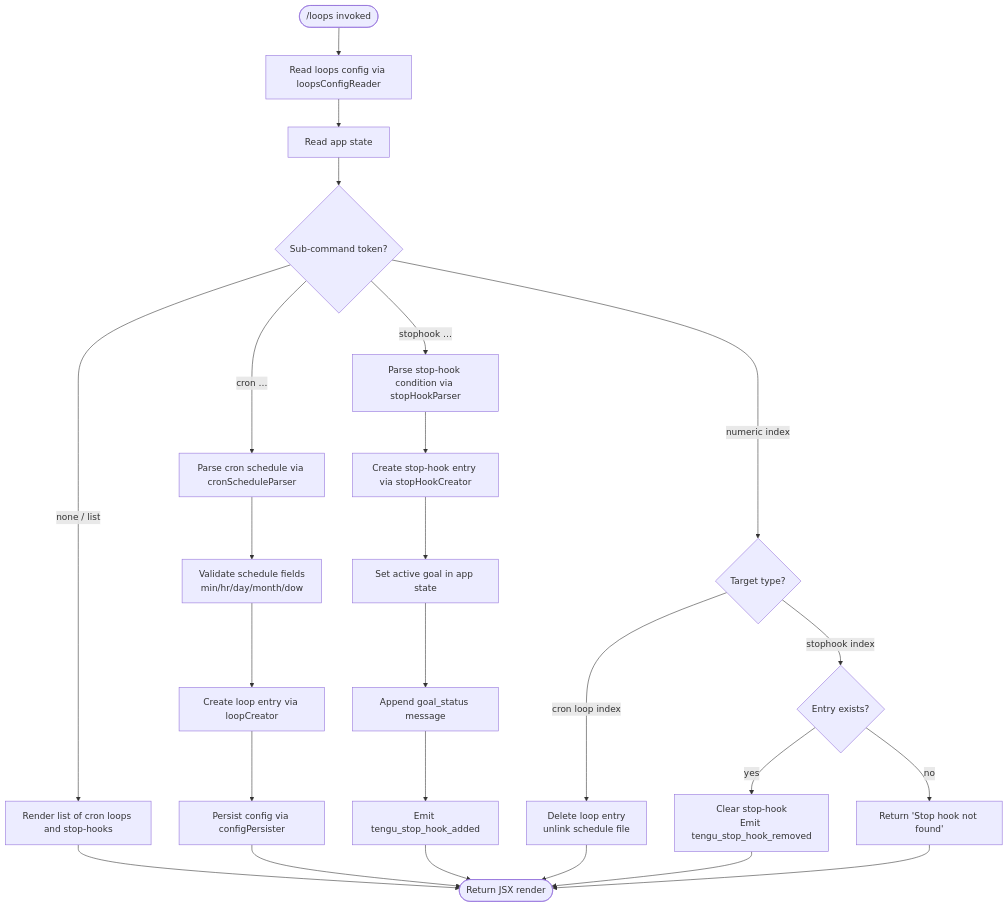
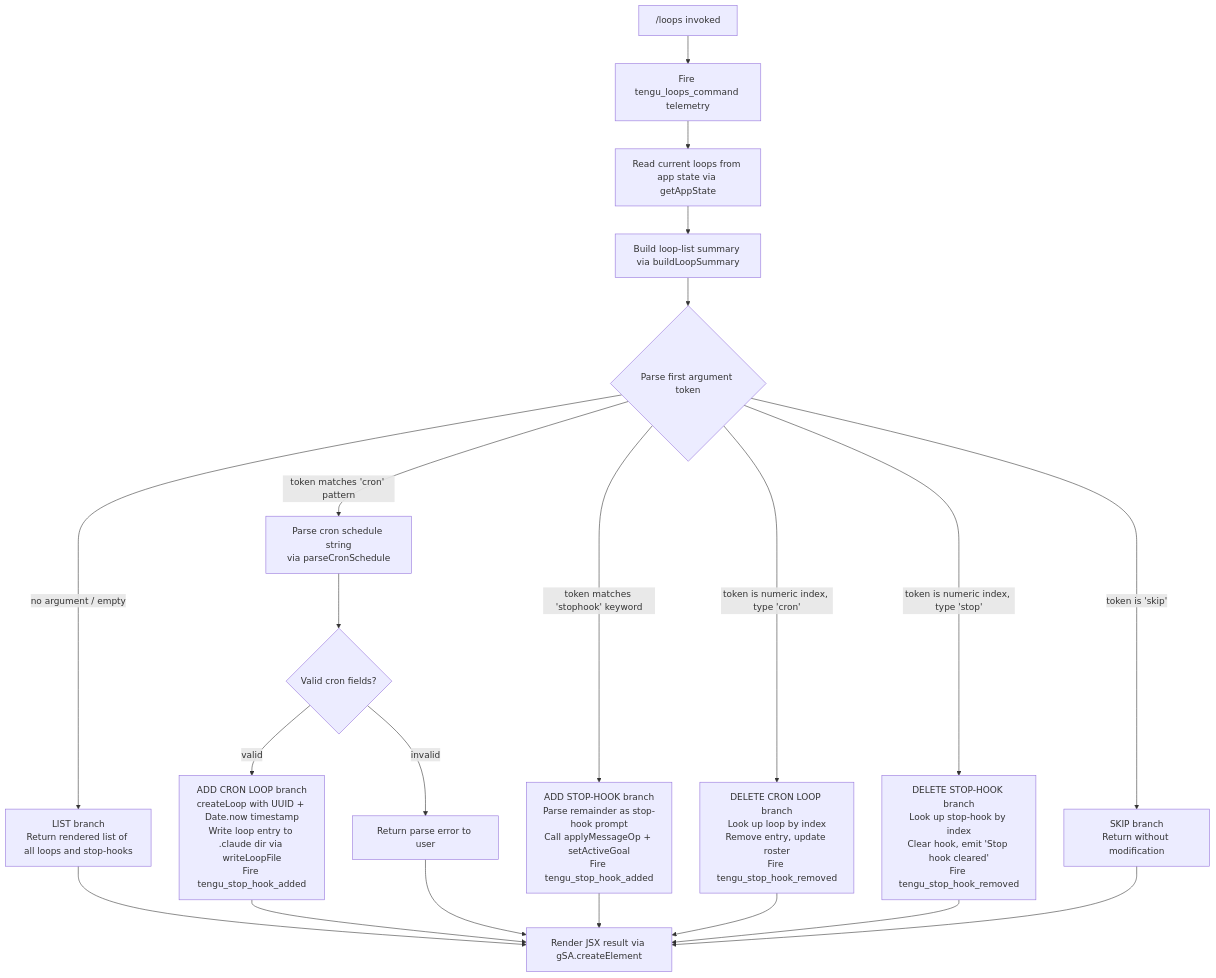
One commit to MyLittleLuckyDog/cc-gnothi changed the diagram in versions/v2.1.133/loops.md. Above: the diagram before and after it, drawn with Mermaid. The commit also changed other lines of this file and 95 other files, not shown here.

````diff
--- a/versions/v2.1.133/loops.md
+++ b/versions/v2.1.133/loops.md
@@ -46,32 +61,30 @@
 ```mermaid
 flowchart TD
-    A(["/loops invoked"]) --> B[Read loops config via loopsConfigReader]
-    B --> C[Read app state]
-    C --> D{Sub-command token?}
+    A["/loops invoked"] --> B[Fire tengu_loops_command telemetry]
+    B --> C[Read current loops from app state via getAppState]
+    C --> D[Build loop-list summary via buildLoopSummary]
+    D --> E{Parse first argument token}
 
-    D -->|"none / list"| E[Render list of cron loops and stop-hooks]
-    D -->|"cron …"| F[Parse cron schedule via cronScheduleParser]
-    D -->|"stophook …"| G[Parse stop-hook condition via stopHookParser]
-    D -->|numeric index| H{Target type?}
+    E -->|no argument / empty| F[LIST branch\nReturn rendered list of all loops and stop-hooks]
 
-    F --> F1[Validate schedule fields\nmin/hr/day/month/dow]
-    F1 --> F2[Create loop entry via loopCreator]
-    F2 --> F3[Persist config via configPersister]
-    F3 --> Z
+    E -->|token matches 'cron' pattern| G[Parse cron schedule string\nvia parseCronSchedule]
+    G --> H{Valid cron fields?}
+    H -->|valid| I[ADD CRON LOOP branch\ncreateLoop with UUID + Date.now timestamp\nWrite loop entry to .claude dir via writeLoopFile\nFire tengu_stop_hook_added]
+    H -->|invalid| J[Return parse error to user]
 
-    G --> G1[Create stop-hook entry via stopHookCreator]
-    G1 --> G2[Set active goal in app state]
-    G2 --> G3[Append goal_status message]
-    G3 --> G4[Emit tengu_stop_hook_added]
-    G4 --> Z
+    E -->|token matches 'stophook' keyword| K[ADD STOP-HOOK branch\nParse remainder as stop-hook prompt\nCall applyMessageOp + setActiveGoal\nFire tengu_stop_hook_added]
 
-    H -->|"cron loop index"| I[Delete loop entry\nunlink schedule file]
-    H -->|"stophook index"| J{Entry exists?}
-    J -->|yes| K[Clear stop-hook\nEmit tengu_stop_hook_removed]
-    J -->|no| L[Return 'Stop hook not found']
+    E -->|token is numeric index, type 'cron'| L[DELETE CRON LOOP branch\nLook up loop by index\nRemove entry, update roster\nFire tengu_stop_hook_removed]
+
+    E -->|token is numeric index, type 'stop'| M[DELETE STOP-HOOK branch\nLook up stop-hook by index\nClear hook, emit 'Stop hook cleared'\nFire tengu_stop_hook_removed]
+
+    E -->|token is 'skip'| N[SKIP branch\nReturn without modification]
+
+    F --> Z[Render JSX result via gSA.createElement]
+    I --> Z
+    J --> Z
     K --> Z
     L --> Z
-
-    E --> Z([Return JSX render])
-    I --> Z
+    M --> Z
+    N --> Z
 ```
````
